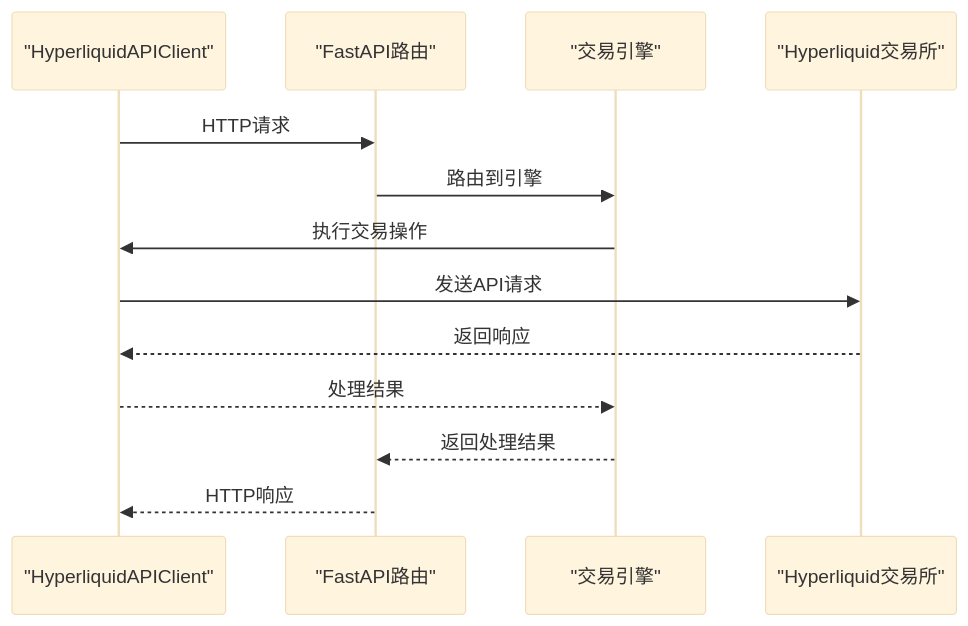
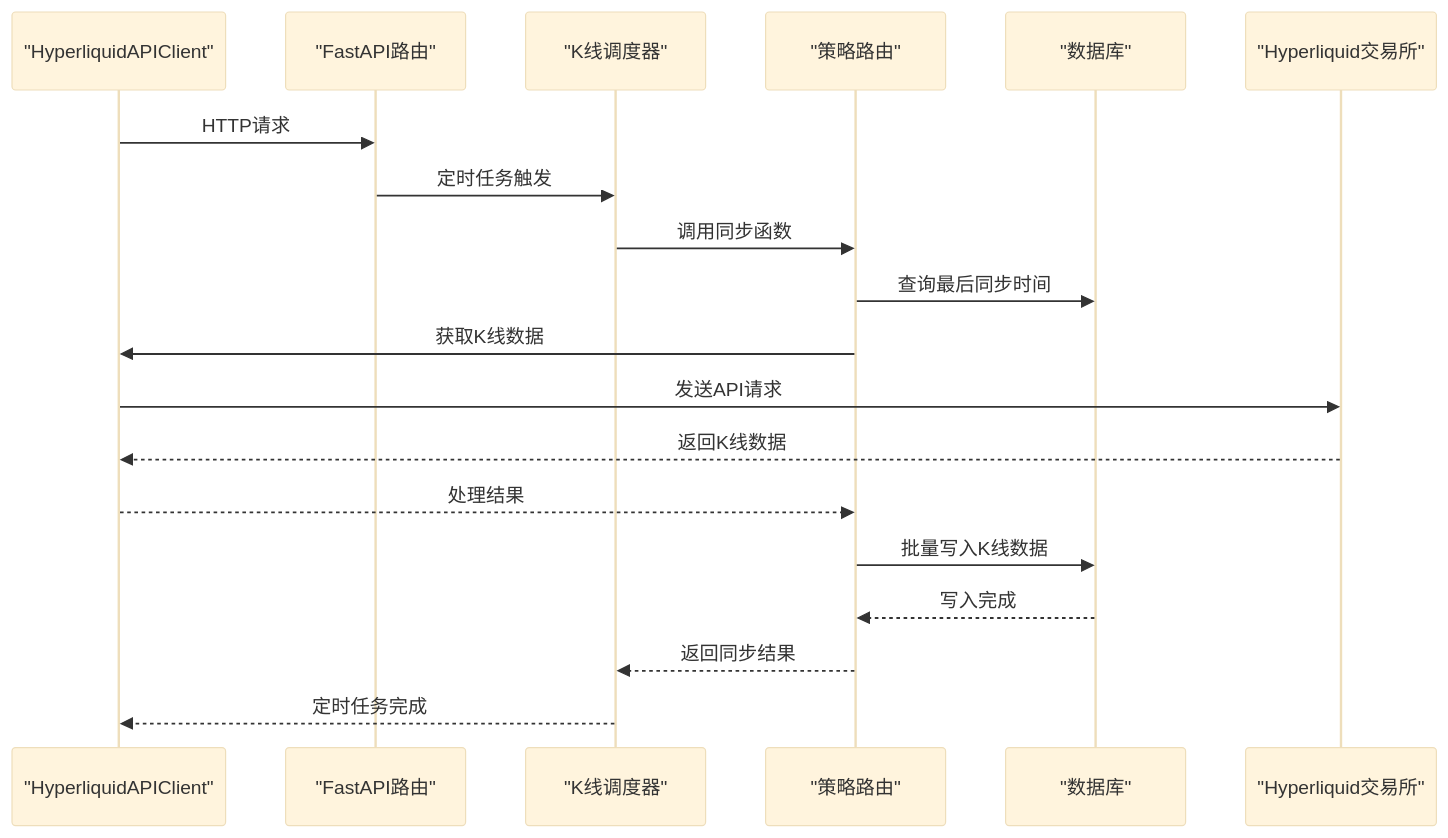
One commit to zyf266/ending changed the second of 10 diagrams in .qoder/repowiki/zh/content/交易所集成/Hyperliquid交易所集成.md. Above: the diagram before and after it, drawn with Mermaid (base theme). The commit also changed other lines of this file and 60 other files, not shown here.

````diff
--- a/.qoder/repowiki/zh/content/交易所集成/Hyperliquid交易所集成.md
+++ b/.qoder/repowiki/zh/content/交易所集成/Hyperliquid交易所集成.md
@@ -121,16 +152,22 @@
 ```mermaid
 sequenceDiagram
 participant Client as "客户端应用"
 participant API as "FastAPI路由"
-participant Engine as "交易引擎"
+participant Scheduler as "K线调度器"
+participant StrategyRouter as "策略路由"
+participant DB as "数据库"
 participant Client as "HyperliquidAPIClient"
 participant Exchange as "Hyperliquid交易所"
 Client->>API : HTTP请求
-API->>Engine : 路由到引擎
-Engine->>Client : 执行交易操作
+API->>Scheduler : 定时任务触发
+Scheduler->>StrategyRouter : 调用同步函数
+StrategyRouter->>DB : 查询最后同步时间
+StrategyRouter->>Client : 获取K线数据
 Client->>Exchange : 发送API请求
-Exchange-->>Client : 返回响应
-Client-->>Engine : 处理结果
-Engine-->>API : 返回处理结果
-API-->>Client : HTTP响应
+Exchange-->>Client : 返回K线数据
+Client-->>StrategyRouter : 处理结果
+StrategyRouter->>DB : 批量写入K线数据
+DB-->>StrategyRouter : 写入完成
+StrategyRouter-->>Scheduler : 返回同步结果
+Scheduler-->>Client : 定时任务完成
 ```
````
